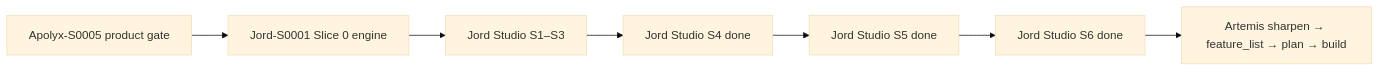
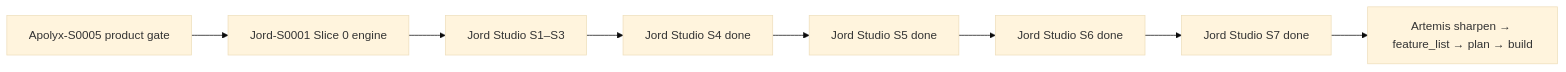
One commit to samtheory/altr.lab.turbo.v2 changed the diagram in Docs/plan/00-roadmap-apolyx-jord-artemis.md. Above: the diagram before and after it, drawn with Mermaid (base theme). The commit also changed other lines of this file and 50 other files, not shown here.

````diff
--- a/Docs/plan/00-roadmap-apolyx-jord-artemis.md
+++ b/Docs/plan/00-roadmap-apolyx-jord-artemis.md
@@ -22,9 +23,10 @@
 ```mermaid
 flowchart LR
   A5[Apolyx-S0005 product gate] --> J0[Jord-S0001 Slice 0 engine]
   J0 --> JS1[Jord Studio S1–S3]
   JS1 --> JS4[Jord Studio S4 done]
   JS4 --> JS5[Jord Studio S5 done]
   JS5 --> JS6[Jord Studio S6 done]
-  JS6 --> Art[Artemis sharpen → feature_list → plan → build]
+  JS6 --> JS7[Jord Studio S7 done]
+  JS7 --> Art[Artemis sharpen → feature_list → plan → build]
 ```
````
